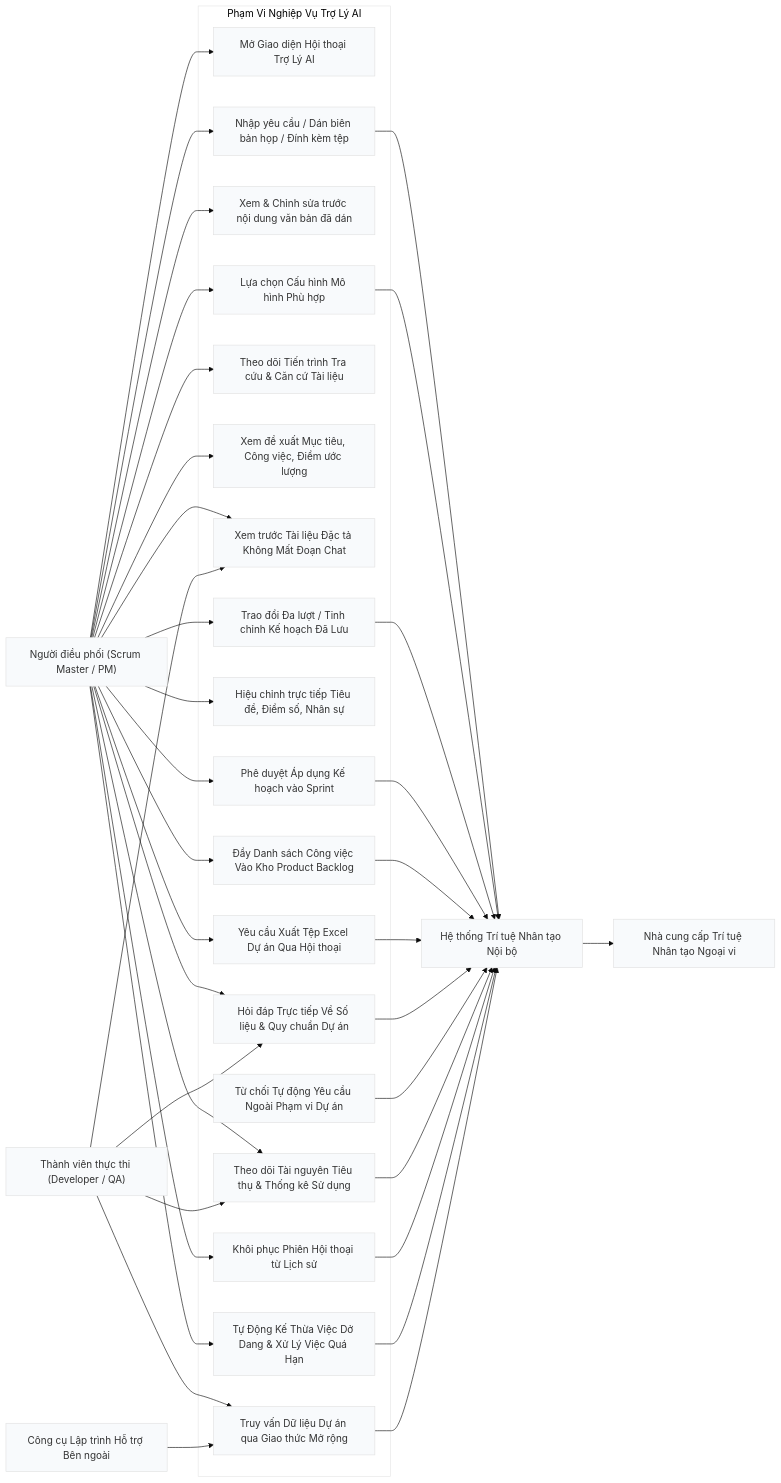
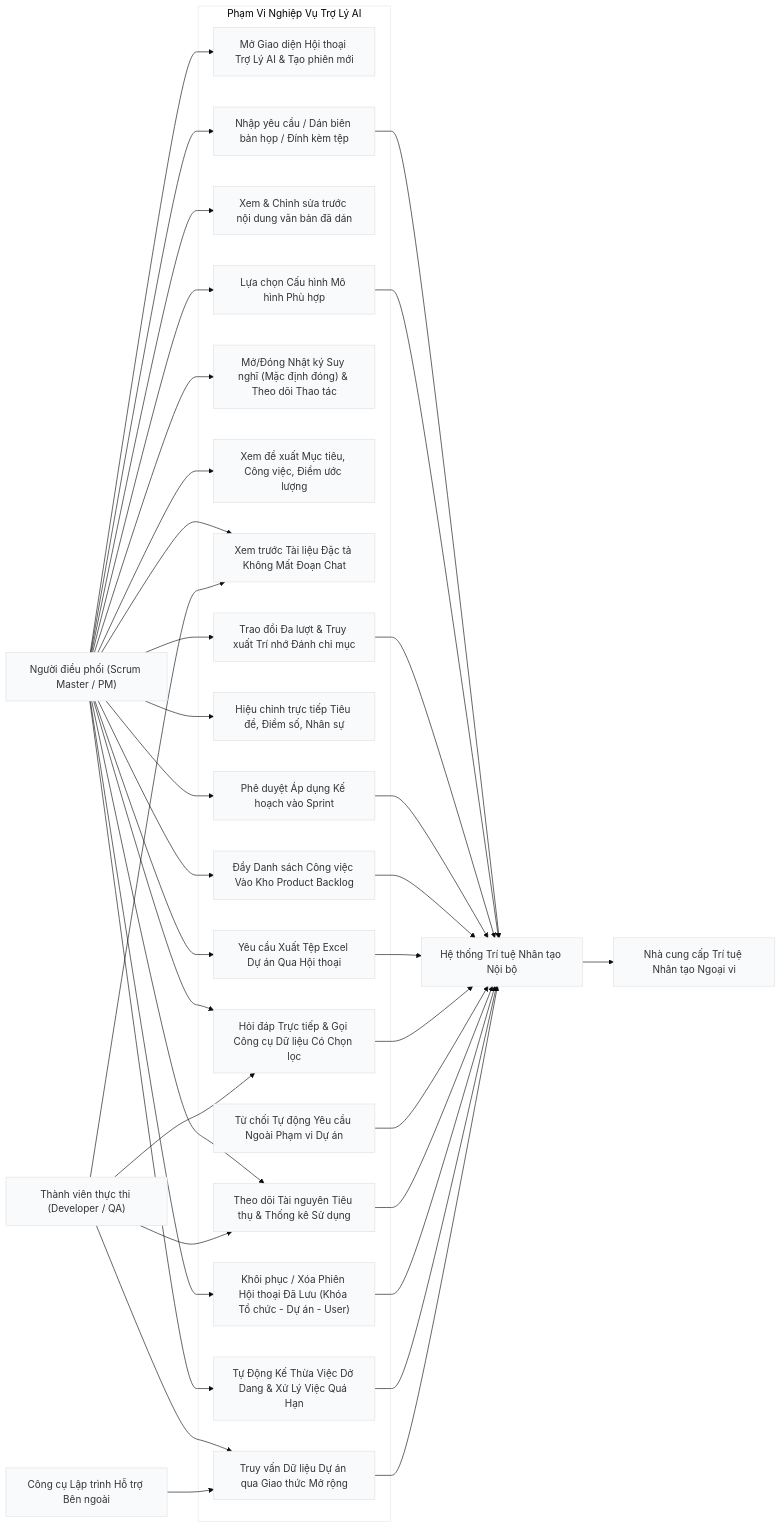
The second of 2 diagrams in docs/ai/01-kien-truc-tong-quan-va-use-case.md (TranHoang2k40525/ProjectMgmt), drawn with Mermaid before and after one commit. The commit also changed other lines of this file and 31 other files, not shown here.

Commit message:
feat(tro-ly-ai): hoàn thiện khối suy nghĩ mặc định đóng, định tuyến công cụ chọn lọc, lưu phiên hội thoại bền vững theo tổ chức-dự án-người dùng, chỉ mục trí nhớ và đồng bộ tài liệu

````diff
--- a/docs/ai/01-kien-truc-tong-quan-va-use-case.md
+++ b/docs/ai/01-kien-truc-tong-quan-va-use-case.md
@@ -102,67 +107,67 @@
 ```mermaid
 %%{init: {"theme": "base", "themeVariables": {"primaryColor": "#f8fafc", "edgeLabelBackground":"#ffffff"}}}%%
 flowchart LR
     SM["Người điều phối (Scrum Master / PM)"]
     DEV["Thành viên thực thi (Developer / QA)"]
     AI["Hệ thống Trí tuệ Nhân tạo Nội bộ"]
     EXT["Nhà cung cấp Trí tuệ Nhân tạo Ngoại vi"]
     EXT_AGENT["Công cụ Lập trình Hỗ trợ Bên ngoài"]
 
     subgraph UC["Phạm Vi Nghiệp Vụ Trợ Lý AI"]
-        UC1["Mở Giao diện Hội thoại Trợ Lý AI"]
+        UC1["Mở Giao diện Hội thoại Trợ Lý AI & Tạo phiên mới"]
         UC2["Nhập yêu cầu / Dán biên bản họp / Đính kèm tệp"]
         UC3["Xem & Chỉnh sửa trước nội dung văn bản đã dán"]
         UC4["Lựa chọn Cấu hình Mô hình Phù hợp"]
-        UC5["Theo dõi Tiến trình Tra cứu & Căn cứ Tài liệu"]
+        UC5["Mở/Đóng Nhật ký Suy nghĩ (Mặc định đóng) & Theo dõi Thao tác"]
         UC6["Xem đề xuất Mục tiêu, Công việc, Điểm ước lượng"]
         UC7["Xem trước Tài liệu Đặc tả Không Mất Đoạn Chat"]
-        UC8["Trao đổi Đa lượt / Tinh chỉnh Kế hoạch Đã Lưu"]
+        UC8["Trao đổi Đa lượt & Truy xuất Trí nhớ Đánh chỉ mục"]
         UC9["Hiệu chỉnh trực tiếp Tiêu đề, Điểm số, Nhân sự"]
         UC10["Phê duyệt Áp dụng Kế hoạch vào Sprint"]
         UC15["Đẩy Danh sách Công việc Vào Kho Product Backlog"]
         UC16["Yêu cầu Xuất Tệp Excel Dự án Qua Hội thoại"]
-        UC17["Hỏi đáp Trực tiếp Về Số liệu & Quy chuẩn Dự án"]
+        UC17["Hỏi đáp Trực tiếp & Gọi Công cụ Dữ liệu Có Chọn lọc"]
         UC18["Từ chối Tự động Yêu cầu Ngoài Phạm vi Dự án"]
         UC11["Truy vấn Dữ liệu Dự án qua Giao thức Mở rộng"]
         UC12["Theo dõi Tài nguyên Tiêu thụ & Thống kê Sử dụng"]
-        UC13["Khôi phục Phiên Hội thoại từ Lịch sử"]
+        UC13["Khôi phục / Xóa Phiên Hội thoại Đã Lưu (Khóa Tổ chức - Dự án - User)"]
         UC14["Tự Động Kế Thừa Việc Dở Dang & Xử Lý Việc Quá Hạn"]
     end
 
     SM --> UC1
     SM --> UC2
     SM --> UC3
     SM --> UC4
     SM --> UC5
     SM --> UC6
     SM --> UC7
     SM --> UC8
     SM --> UC9
     SM --> UC10
     SM --> UC15
     SM --> UC16
     SM --> UC17
     SM --> UC12
     SM --> UC13
     SM --> UC14
 
     DEV --> UC7
     DEV --> UC11
     DEV --> UC12
     DEV --> UC17
 
     UC2 --> AI
     UC4 --> AI
     UC8 --> AI
     UC10 --> AI
     UC15 --> AI
     UC16 --> AI
     UC17 --> AI
     UC18 --> AI
     UC12 --> AI
     UC13 --> AI
     UC14 --> AI
     AI --> EXT
     EXT_AGENT --> UC11
     UC11 --> AI
 ```
````
